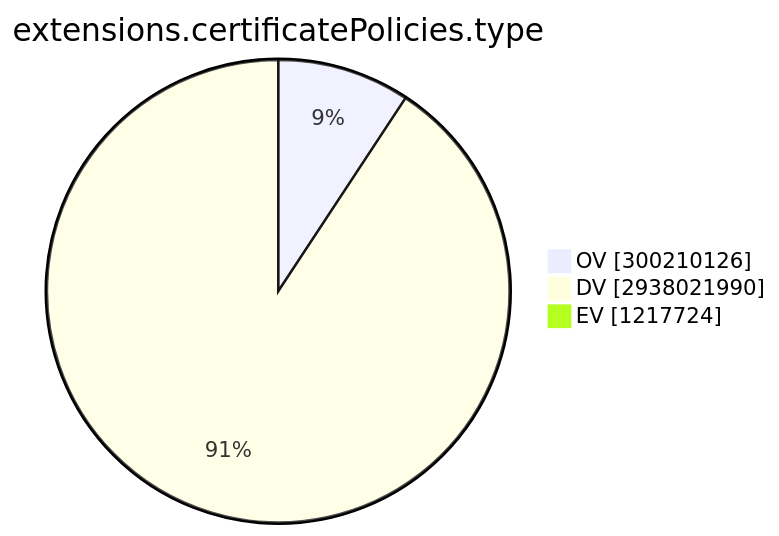
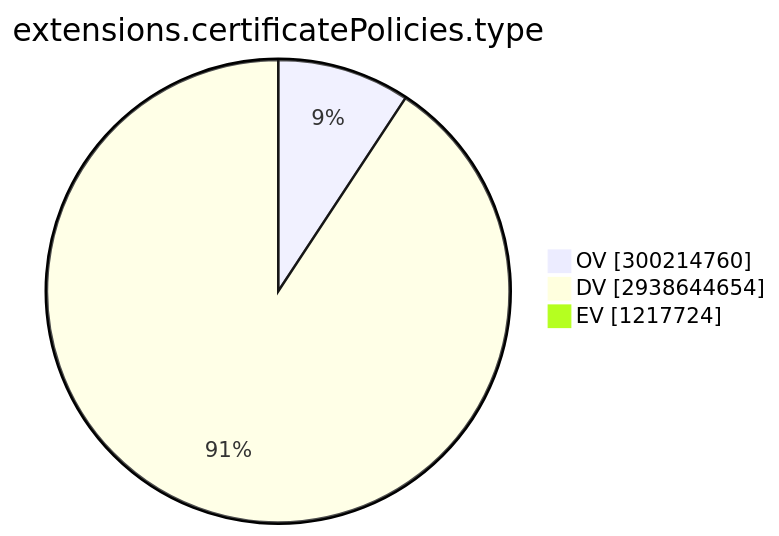
One commit to christiankrug/ctmonitor_visualization changed the ninth of 15 diagrams in TOTAL/README.md. Above: the diagram before and after it, drawn with Mermaid. The commit also changed other lines of this file, not shown here.

````diff
--- a/TOTAL/README.md
+++ b/TOTAL/README.md
@@ -3101,7 +3101,7 @@
 ```mermaid
 pie showData
 title extensions.certificatePolicies.type
-"OV" :300210126
-"DV" :2938021990
+"OV" :300214760
+"DV" :2938644654
 "EV" :1217724
 ```
````
